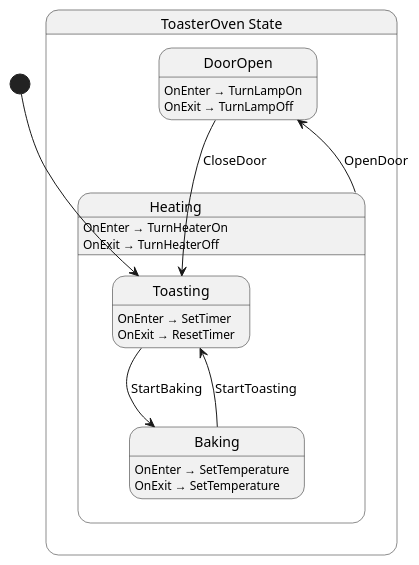
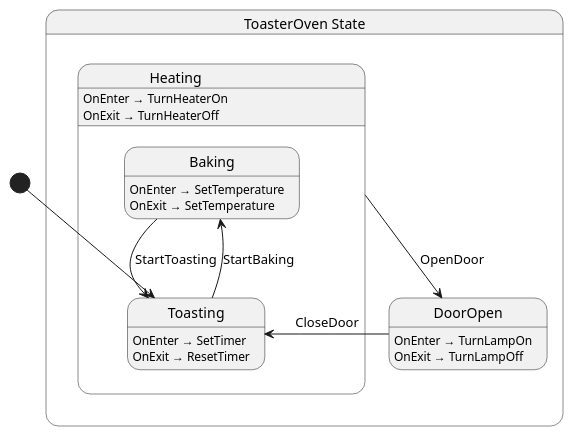
One commit to chickensoft-games/LogicBlocks changed the diagram in Chickensoft.LogicBlocks.DiagramGenerator.Tests/test_cases/ToasterOven.g.puml. Above: the diagram before and after it, drawn with PlantUML. The commit also changed other lines of this file and 8 other files, not shown here.

```diff
--- a/Chickensoft.LogicBlocks.DiagramGenerator.Tests/test_cases/ToasterOven.g.puml
+++ b/Chickensoft.LogicBlocks.DiagramGenerator.Tests/test_cases/ToasterOven.g.puml
@@ -1,25 +1,25 @@
 @startuml ToasterOven
 state "ToasterOven State" as Chickensoft_LogicBlocks_DiagramGenerator_Tests_TestCases_ToasterOven_State {
+  state "DoorOpen" as Chickensoft_LogicBlocks_DiagramGenerator_Tests_TestCases_ToasterOven_State_DoorOpen
   state "Heating" as Chickensoft_LogicBlocks_DiagramGenerator_Tests_TestCases_ToasterOven_State_Heating {
+    state "Baking" as Chickensoft_LogicBlocks_DiagramGenerator_Tests_TestCases_ToasterOven_State_Baking
     state "Toasting" as Chickensoft_LogicBlocks_DiagramGenerator_Tests_TestCases_ToasterOven_State_Toasting
-    state "Baking" as Chickensoft_LogicBlocks_DiagramGenerator_Tests_TestCases_ToasterOven_State_Baking
   }
-  state "DoorOpen" as Chickensoft_LogicBlocks_DiagramGenerator_Tests_TestCases_ToasterOven_State_DoorOpen
 }
 
 Chickensoft_LogicBlocks_DiagramGenerator_Tests_TestCases_ToasterOven_State_Baking --> Chickensoft_LogicBlocks_DiagramGenerator_Tests_TestCases_ToasterOven_State_Toasting : StartToasting
 Chickensoft_LogicBlocks_DiagramGenerator_Tests_TestCases_ToasterOven_State_DoorOpen --> Chickensoft_LogicBlocks_DiagramGenerator_Tests_TestCases_ToasterOven_State_Toasting : CloseDoor
 Chickensoft_LogicBlocks_DiagramGenerator_Tests_TestCases_ToasterOven_State_Heating --> Chickensoft_LogicBlocks_DiagramGenerator_Tests_TestCases_ToasterOven_State_DoorOpen : OpenDoor
 Chickensoft_LogicBlocks_DiagramGenerator_Tests_TestCases_ToasterOven_State_Toasting --> Chickensoft_LogicBlocks_DiagramGenerator_Tests_TestCases_ToasterOven_State_Baking : StartBaking
 
 Chickensoft_LogicBlocks_DiagramGenerator_Tests_TestCases_ToasterOven_State_Baking : OnEnter → SetTemperature
 Chickensoft_LogicBlocks_DiagramGenerator_Tests_TestCases_ToasterOven_State_Baking : OnExit → SetTemperature
 Chickensoft_LogicBlocks_DiagramGenerator_Tests_TestCases_ToasterOven_State_DoorOpen : OnEnter → TurnLampOn
 Chickensoft_LogicBlocks_DiagramGenerator_Tests_TestCases_ToasterOven_State_DoorOpen : OnExit → TurnLampOff
 Chickensoft_LogicBlocks_DiagramGenerator_Tests_TestCases_ToasterOven_State_Heating : OnEnter → TurnHeaterOn
 Chickensoft_LogicBlocks_DiagramGenerator_Tests_TestCases_ToasterOven_State_Heating : OnExit → TurnHeaterOff
 Chickensoft_LogicBlocks_DiagramGenerator_Tests_TestCases_ToasterOven_State_Toasting : OnEnter → SetTimer
 Chickensoft_LogicBlocks_DiagramGenerator_Tests_TestCases_ToasterOven_State_Toasting : OnExit → ResetTimer
 
 [*] --> Chickensoft_LogicBlocks_DiagramGenerator_Tests_TestCases_ToasterOven_State_Toasting
 @enduml
```
